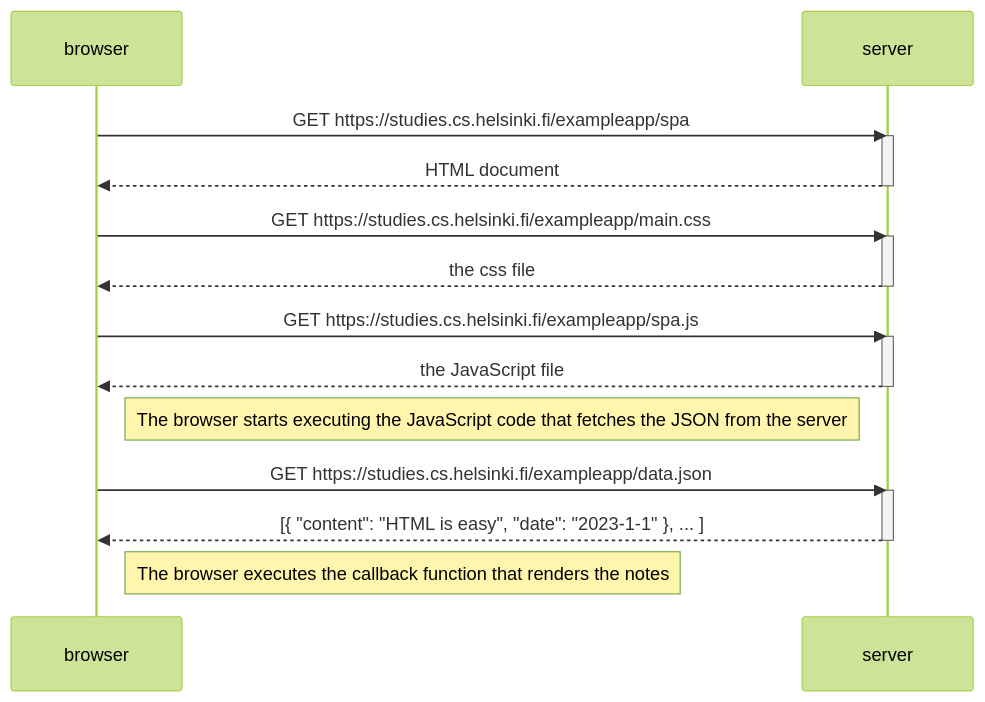
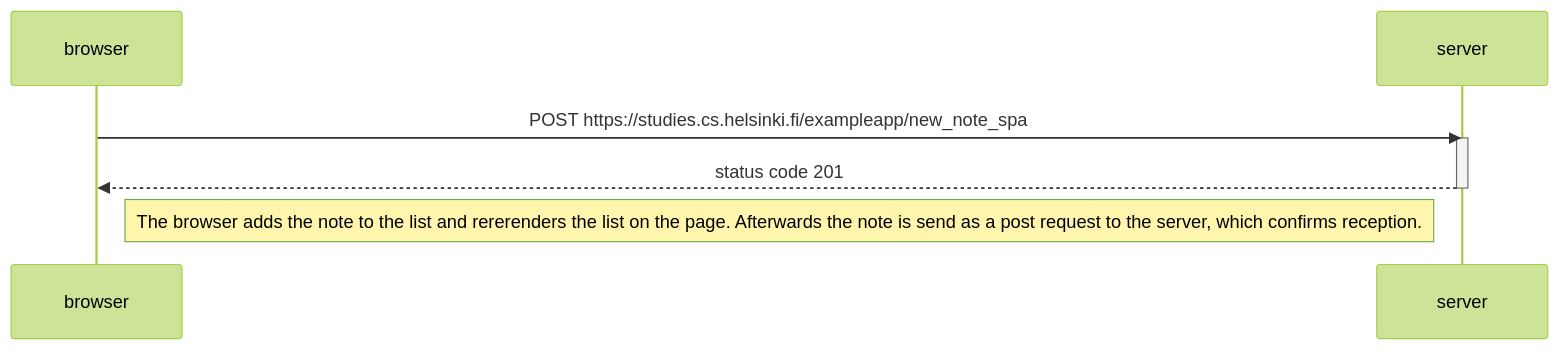
One commit to Czborberg/FullStackDeveloper changed the diagram in part0/exercise06.md. Above: the diagram before and after it, drawn with Mermaid (forest theme).

````diff
--- a/part0/exercise06.md
+++ b/part0/exercise06.md
@@ -3,29 +3,12 @@
 ```mermaid
 sequenceDiagram
     participant browser
     participant server
 
-    browser->>server: GET https://studies.cs.helsinki.fi/exampleapp/spa
+    browser->>server: POST https://studies.cs.helsinki.fi/exampleapp/new_note_spa
     activate server
-    server-->>browser: HTML document
+    server-->>browser: status code 201
     deactivate server
 
-    browser->>server: GET https://studies.cs.helsinki.fi/exampleapp/main.css
-    activate server
-    server-->>browser: the css file
-    deactivate server
-
-    browser->>server: GET https://studies.cs.helsinki.fi/exampleapp/spa.js
-    activate server
-    server-->>browser: the JavaScript file
-    deactivate server
-
-    Note right of browser: The browser starts executing the JavaScript code that fetches the JSON from the server
-
-    browser->>server: GET https://studies.cs.helsinki.fi/exampleapp/data.json
-    activate server
-    server-->>browser: [{ "content": "HTML is easy", "date": "2023-1-1" }, ... ]
-    deactivate server
-
-    Note right of browser: The browser executes the callback function that renders the notes
+    Note right of browser: The browser adds the note to the list and rererenders the list on the page. Afterwards the note is send as a post request to the server, which confirms reception.
 ```
````
